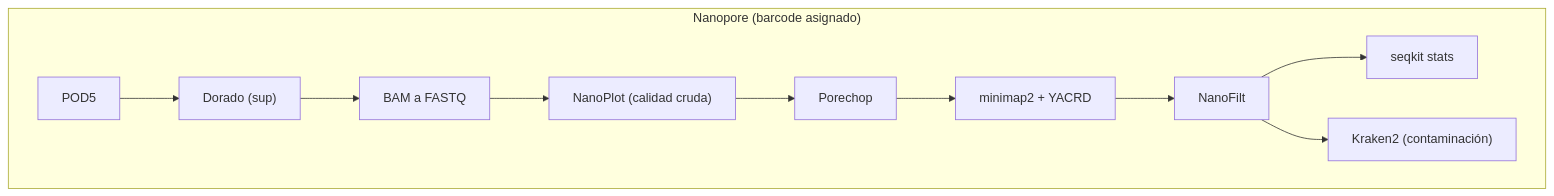
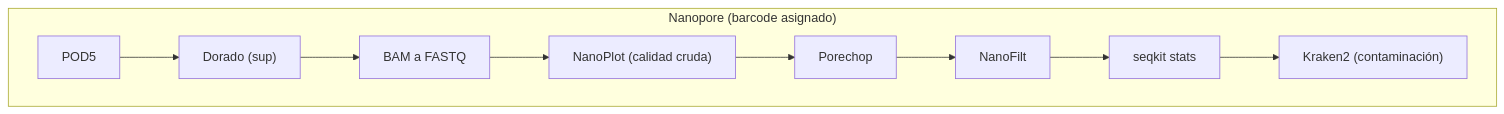
One commit to miRNA67/1ABL0055---Semana-04---202620 changed the second of 2 diagrams in README.md. Above: the diagram before and after it, drawn with Mermaid. The commit also changed other lines of this file, not shown here.

````diff
--- a/README.md
+++ b/README.md
@@ -35,14 +35,13 @@
 ```mermaid
 flowchart LR
     subgraph NAN["Nanopore (barcode asignado)"]
         direction LR
         B1["POD5"] --> B2["Dorado (sup)"]
         B2 --> B3["BAM a FASTQ"]
         B3 --> B4["NanoPlot (calidad cruda)"]
         B4 --> B5["Porechop"]
-        B5 --> B6["minimap2 + YACRD"]
-        B6 --> B7["NanoFilt"]
-        B7 --> B8["seqkit stats"]
-        B7 --> B9["Kraken2 (contaminación)"]
+        B5 --> B6["NanoFilt"]
+        B6 --> B7["seqkit stats"]
+        B7 --> B8["Kraken2 (contaminación)"]
     end
 ```
````
